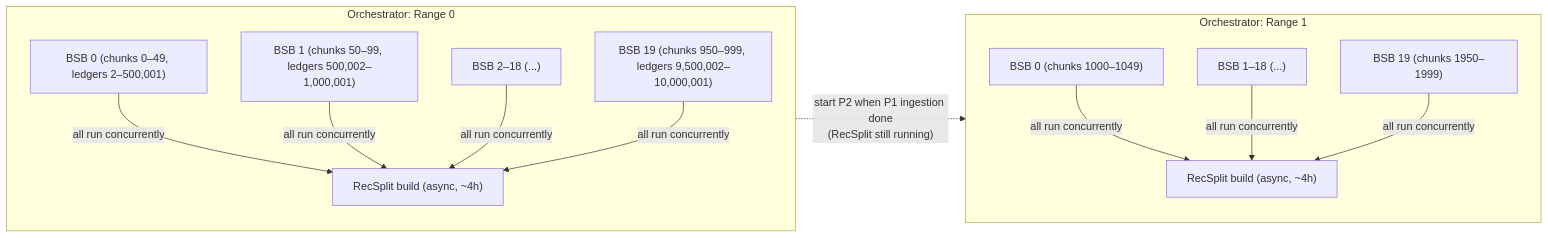
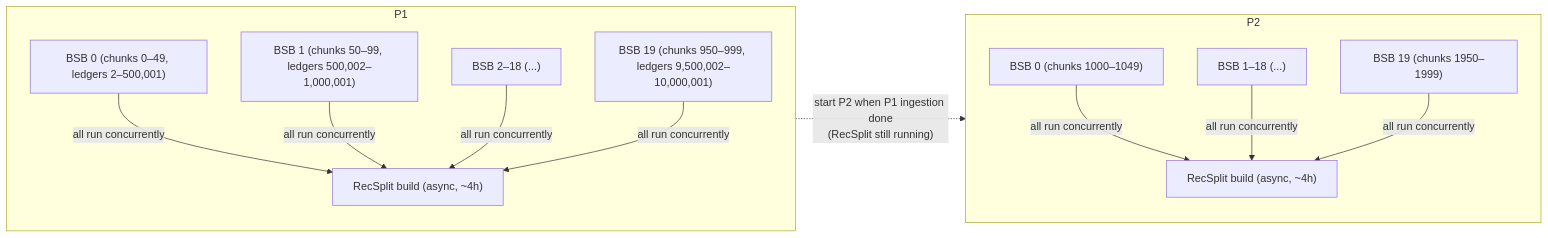
Before and after one commit to karthikiyer56/stellar-full-history-ingestion: the third of 4 diagrams in design-docs-v2/03-backfill-workflow.md, drawn with Mermaid. The commit also changed other lines of this file and 4 other files, not shown here.

Commit message:
fix: remove quoted labels and direction from mermaid subgraphs for GitHub rendering

````diff
--- a/design-docs-v2/03-backfill-workflow.md
+++ b/design-docs-v2/03-backfill-workflow.md
@@ -123,23 +122,21 @@
 ```mermaid
 flowchart LR
-    subgraph P1["Orchestrator: Range 0"]
-        direction TB
+    subgraph P1
         B1["BSB 0 (chunks 0–49, ledgers 2–500,001)"]
         B2["BSB 1 (chunks 50–99, ledgers 500,002–1,000,001)"]
         BD["BSB 2–18 (...)"]
         B20["BSB 19 (chunks 950–999, ledgers 9,500,002–10,000,001)"]
         RS0["RecSplit build (async, ~4h)"]
         B1 & B2 & BD & B20 -->|"all run concurrently"| RS0
     end
 
-    subgraph P2["Orchestrator: Range 1"]
-        direction TB
+    subgraph P2
         C1["BSB 0 (chunks 1000–1049)"]
         C2["BSB 1–18 (...)"]
         C20["BSB 19 (chunks 1950–1999)"]
         RS1["RecSplit build (async, ~4h)"]
         C1 & C2 & C20 -->|"all run concurrently"| RS1
     end
 
     P1 -.->|"start P2 when P1 ingestion done<br/>(RecSplit still running)"| P2
 ```
````
